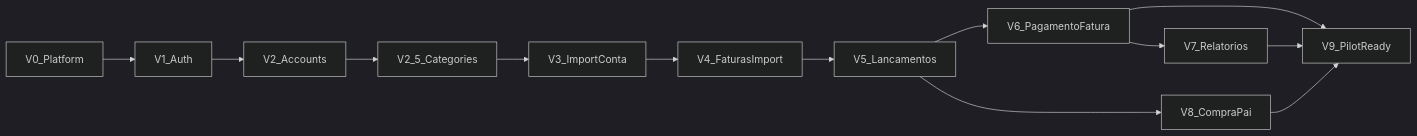
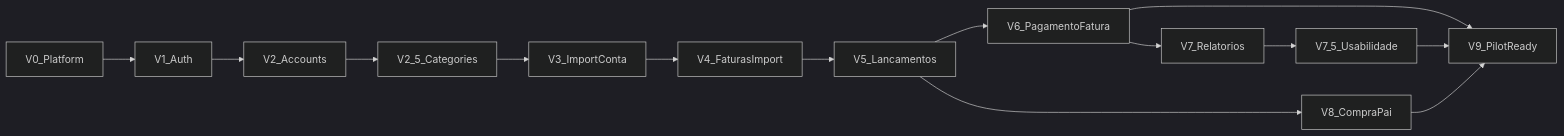
The diagram in docs/MVP_EPIC_ROADMAP.md (omarcovelho/mao-de-vaca), drawn with Mermaid (dark theme) before and after one commit. The commit also changed other lines of this file and 25 other files, not shown here.

````diff
--- a/docs/MVP_EPIC_ROADMAP.md
+++ b/docs/MVP_EPIC_ROADMAP.md
@@ -12,21 +12,23 @@
 ```mermaid
 flowchart LR
   V0[V0_Platform]
   V1[V1_Auth]
   V2[V2_Accounts]
   V25[V2_5_Categories]
   V3[V3_ImportConta]
   V4[V4_FaturasImport]
   V5[V5_Lancamentos]
   V6[V6_PagamentoFatura]
   V7[V7_Relatorios]
+  V75[V7_5_Usabilidade]
   V8[V8_CompraPai]
   V9[V9_PilotReady]
 
   V0 --> V1 --> V2 --> V25 --> V3 --> V4
   V4 --> V5 --> V6 --> V7
+  V7 --> V75
   V5 --> V8
   V6 --> V9
-  V7 --> V9
+  V75 --> V9
   V8 --> V9
 ```
````
